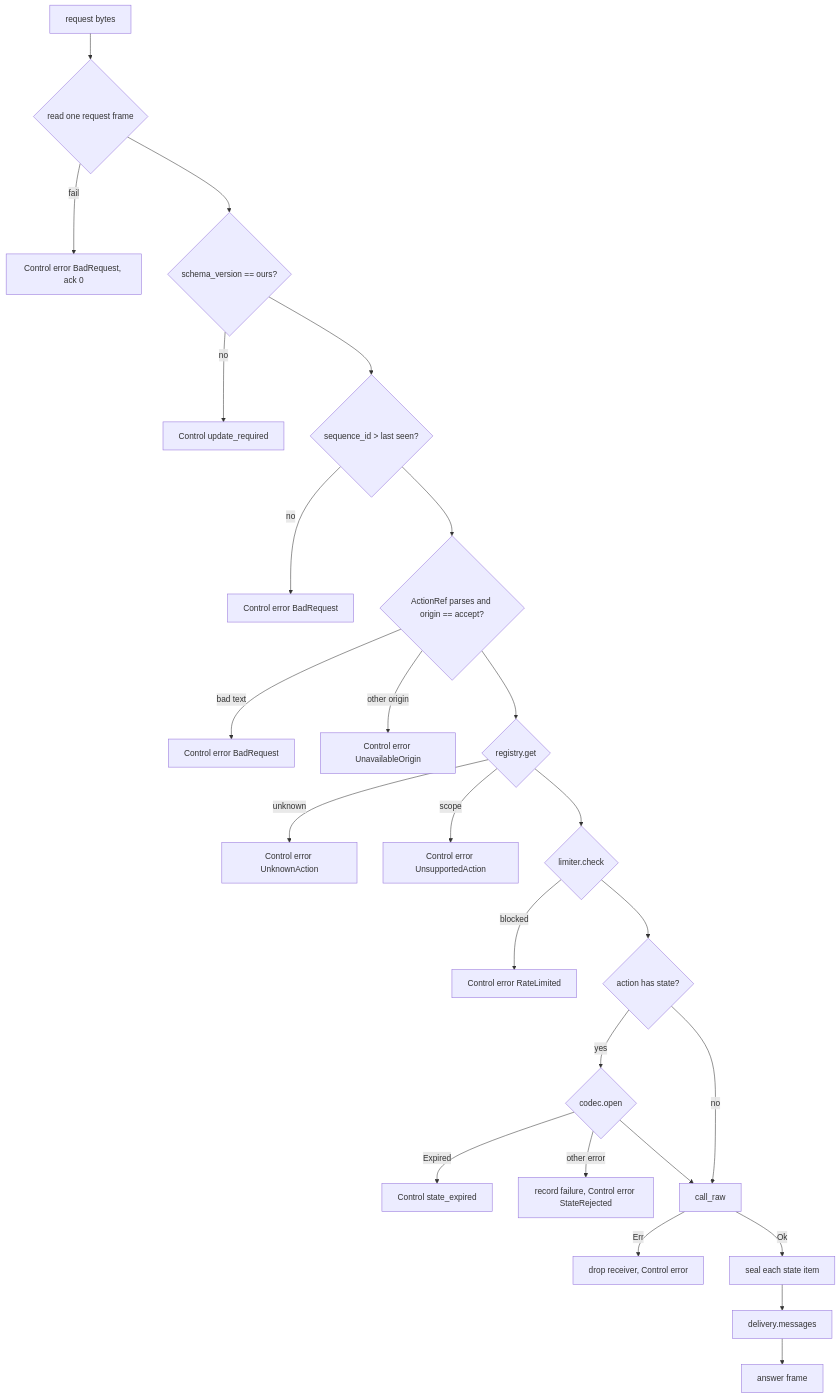
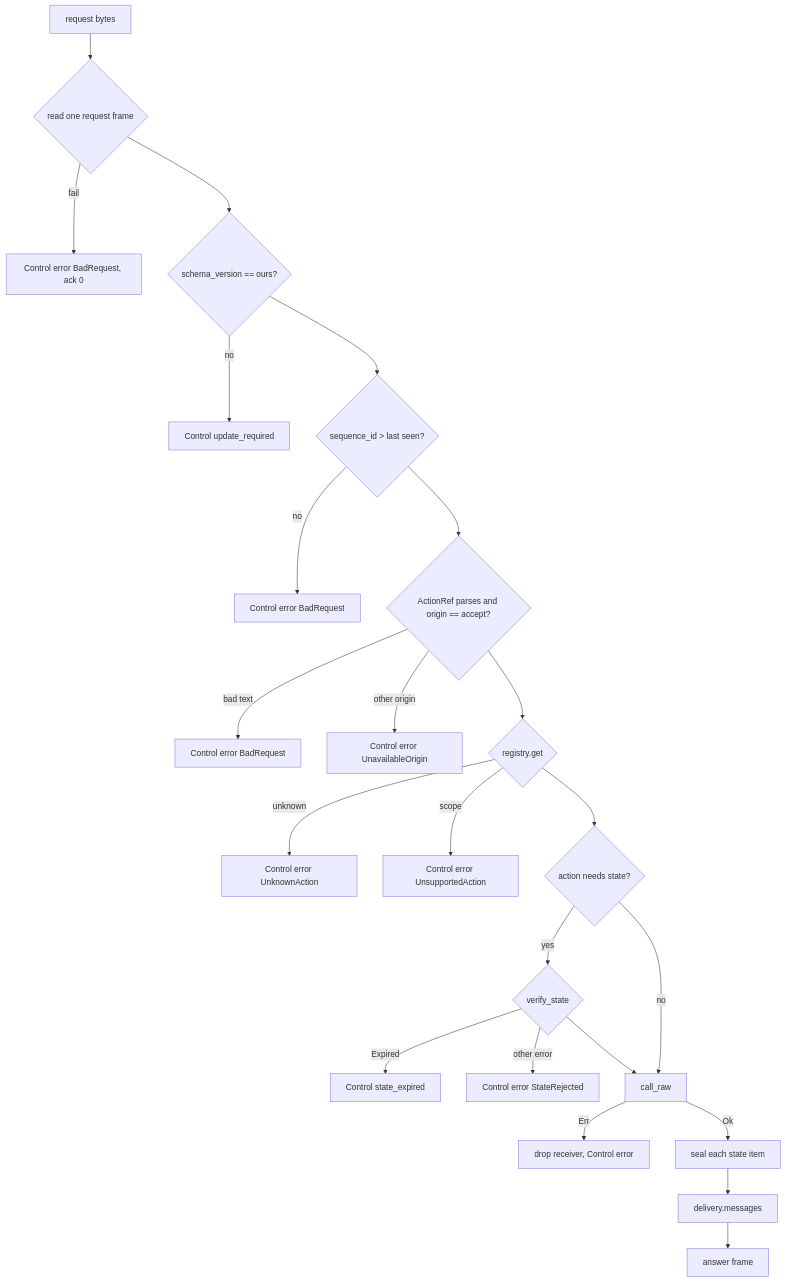
One commit to ewe-studios/ewe_platform changed the diagram in specifications/69-foundation-ui-v2/features/07-dispatcher-and-handshake/feature.md. Above: the diagram before and after it, drawn with Mermaid. The commit also changed other lines of this file and 59 other files, not shown here.

````diff
--- a/specifications/69-foundation-ui-v2/features/07-dispatcher-and-handshake/feature.md
+++ b/specifications/69-foundation-ui-v2/features/07-dispatcher-and-handshake/feature.md
@@ -415,26 +396,24 @@
 ```mermaid
 flowchart TD
     R[request bytes] --> P{read one request frame}
     P -->|fail| EB[Control error BadRequest, ack 0]
     P --> V{schema_version == ours?}
     V -->|no| EU[Control update_required]
     V --> O{sequence_id > last seen?}
     O -->|no| EB2[Control error BadRequest]
     O --> A{ActionRef parses and origin == accept?}
     A -->|bad text| EB3[Control error BadRequest]
     A -->|other origin| EO[Control error UnavailableOrigin]
     A --> G{registry.get}
     G -->|unknown| EK[Control error UnknownAction]
     G -->|scope| ES[Control error UnsupportedAction]
-    G --> L{limiter.check}
-    L -->|blocked| ER[Control error RateLimited]
-    L --> S{action has state?}
-    S -->|yes| OP{codec.open}
+    G --> S{action needs state?}
+    S -->|yes| OP{verify_state}
     OP -->|Expired| EX[Control state_expired]
-    OP -->|other error| EJ[record failure, Control error StateRejected]
+    OP -->|other error| EJ[Control error StateRejected]
     OP --> RUN
     S -->|no| RUN[call_raw]
     RUN -->|Err| EA[drop receiver, Control error]
     RUN -->|Ok| SEAL[seal each state item] --> DEL[delivery.messages]
     DEL --> F[answer frame]
 ```
````
